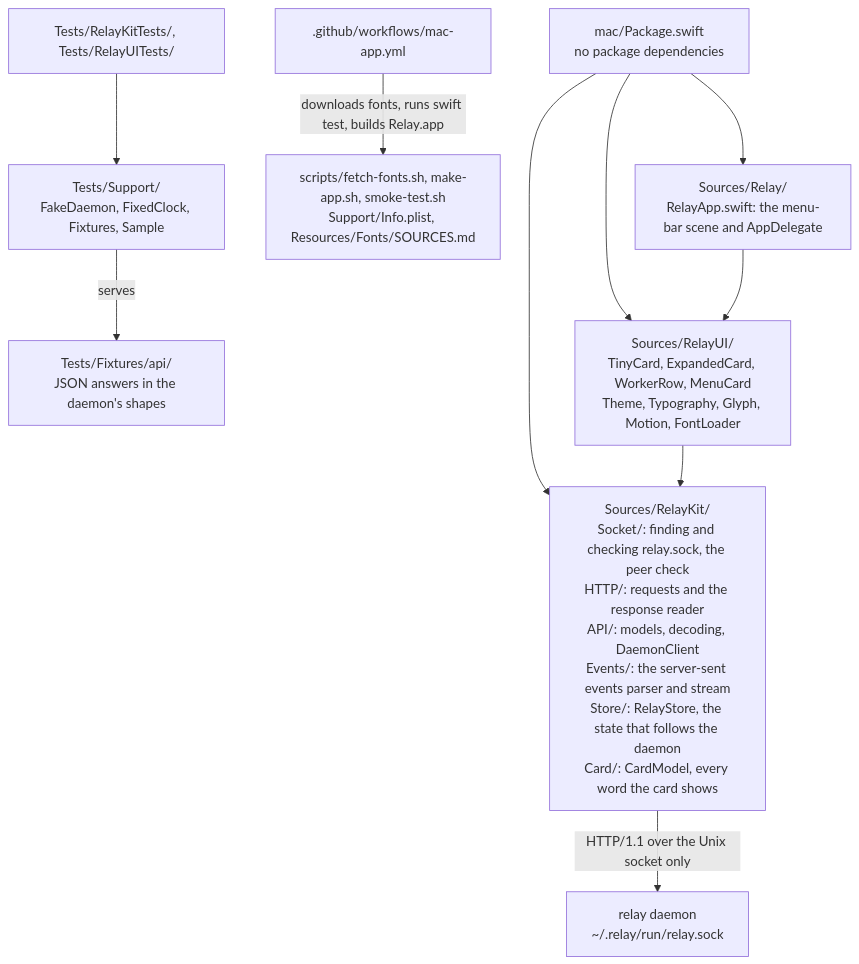
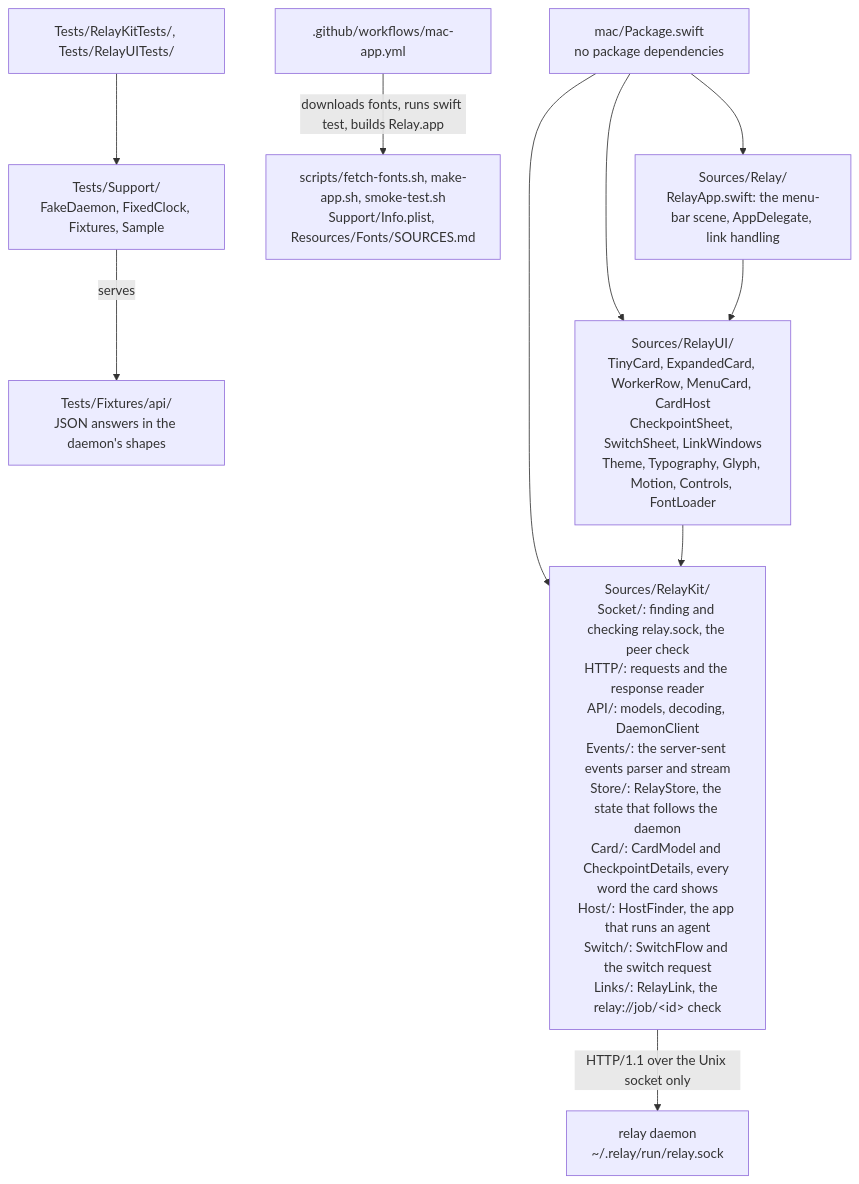
The fourth of 4 diagrams in docs/codebase-map.md (FrejusGdm/relay), drawn with Mermaid before and after one commit. The commit also changed other lines of this file and 29 other files, not shown here.

First line of the commit message:
feat: Mac app actions, the switch sheet and relay:// links (add-mac-menu-bar-app 4)

````diff
--- a/docs/codebase-map.md
+++ b/docs/codebase-map.md
@@ -448,23 +448,23 @@
 ```mermaid
 flowchart TD
   pkg["mac/Package.swift<br/>no package dependencies"]
-  kit["Sources/RelayKit/<br/>Socket/: finding and checking relay.sock, the peer check<br/>HTTP/: requests and the response reader<br/>API/: models, decoding, DaemonClient<br/>Events/: the server-sent events parser and stream<br/>Store/: RelayStore, the state that follows the daemon<br/>Card/: CardModel, every word the card shows"]
-  ui["Sources/RelayUI/<br/>TinyCard, ExpandedCard, WorkerRow, MenuCard<br/>Theme, Typography, Glyph, Motion, FontLoader"]
-  app["Sources/Relay/<br/>RelayApp.swift: the menu-bar scene and AppDelegate"]
+  kit["Sources/RelayKit/<br/>Socket/: finding and checking relay.sock, the peer check<br/>HTTP/: requests and the response reader<br/>API/: models, decoding, DaemonClient<br/>Events/: the server-sent events parser and stream<br/>Store/: RelayStore, the state that follows the daemon<br/>Card/: CardModel and CheckpointDetails, every word the card shows<br/>Host/: HostFinder, the app that runs an agent<br/>Switch/: SwitchFlow and the switch request<br/>Links/: RelayLink, the relay://job/&lt;id&gt; check"]
+  ui["Sources/RelayUI/<br/>TinyCard, ExpandedCard, WorkerRow, MenuCard, CardHost<br/>CheckpointSheet, SwitchSheet, LinkWindows<br/>Theme, Typography, Glyph, Motion, Controls, FontLoader"]
+  app["Sources/Relay/<br/>RelayApp.swift: the menu-bar scene, AppDelegate, link handling"]
   support["Tests/Support/<br/>FakeDaemon, FixedClock, Fixtures, Sample"]
   fixtures["Tests/Fixtures/api/<br/>JSON answers in the daemon's shapes"]
   tests["Tests/RelayKitTests/, Tests/RelayUITests/"]
   scripts["scripts/fetch-fonts.sh, make-app.sh, smoke-test.sh<br/>Support/Info.plist, Resources/Fonts/SOURCES.md"]
   ci[".github/workflows/mac-app.yml"]
   daemon["relay daemon<br/>~/.relay/run/relay.sock"]
 
   pkg --> kit
   pkg --> ui
   pkg --> app
   ui --> kit
   app --> ui
   kit -->|"HTTP/1.1 over the Unix socket only"| daemon
   tests --> support
   support -->|"serves"| fixtures
   ci -->|"downloads fonts, runs swift test, builds Relay.app"| scripts
 ```
````
